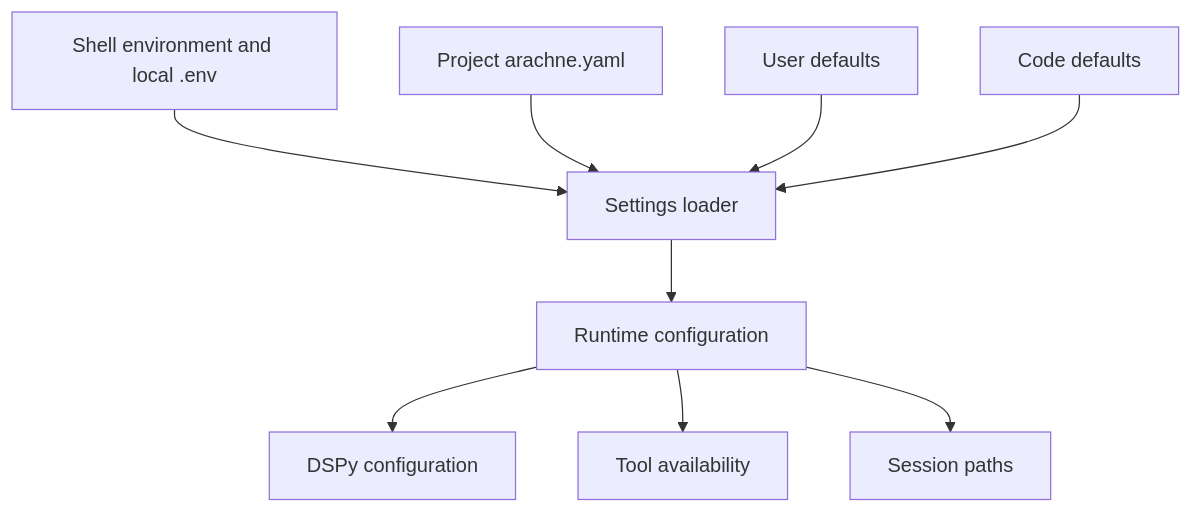
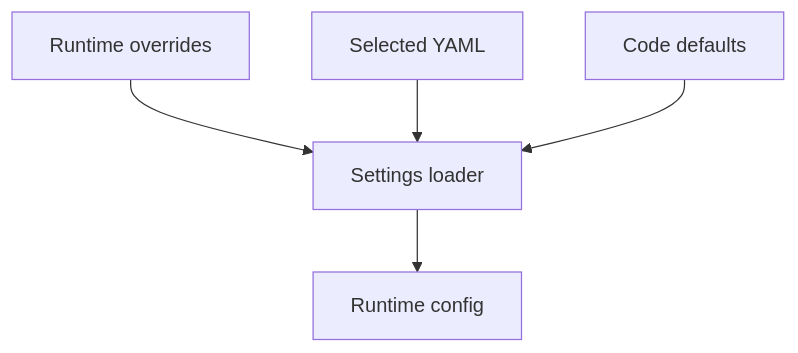
The eighth of 9 diagrams in docs/explanation/architecture.md (Strategic-Automation/arachne), drawn with Mermaid before and after one commit. The commit also changed other lines of this file and 2 other files, not shown here.

Commit message:
docs: simplify Mermaid diagrams for GitHub rendering

````diff
--- a/docs/explanation/architecture.md
+++ b/docs/explanation/architecture.md
@@ -266,11 +205,12 @@
 ```mermaid
-flowchart TD
-    Env[Shell environment and local .env] --> Settings[Settings loader]
-    Project[Project arachne.yaml] --> Settings
-    User[User defaults] --> Settings
-    Defaults[Code defaults] --> Settings
-    Settings --> Runtime[Runtime configuration]
-    Runtime --> DSPy[DSPy configuration]
-    Runtime --> Tools[Tool availability]
-    Runtime --> Sessions[Session paths]
+graph TD
+    A[Runtime overrides]
+    B[Selected YAML]
+    C[Code defaults]
+    D[Settings loader]
+    E[Runtime config]
+    A --> D
+    B --> D
+    C --> D
+    D --> E
 ```
````
